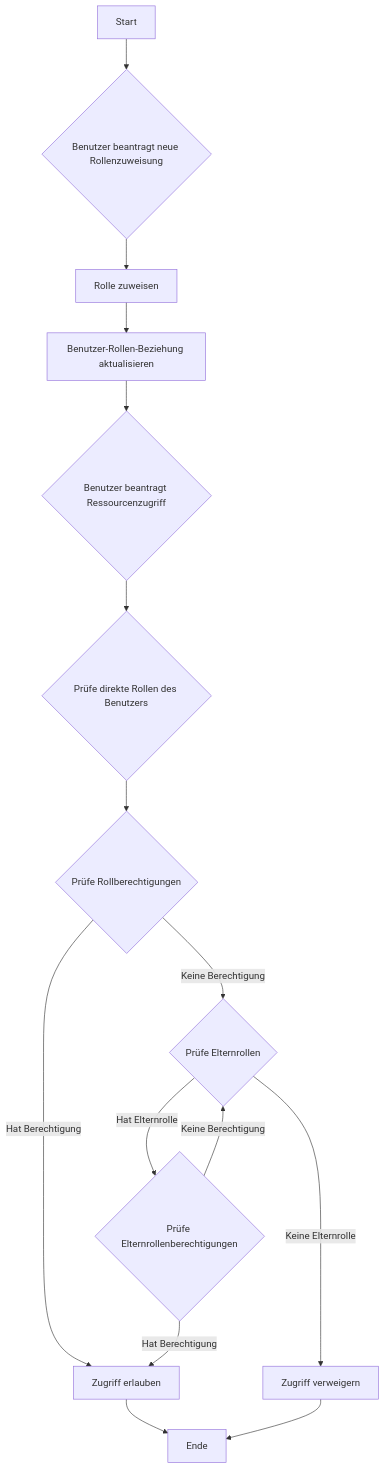
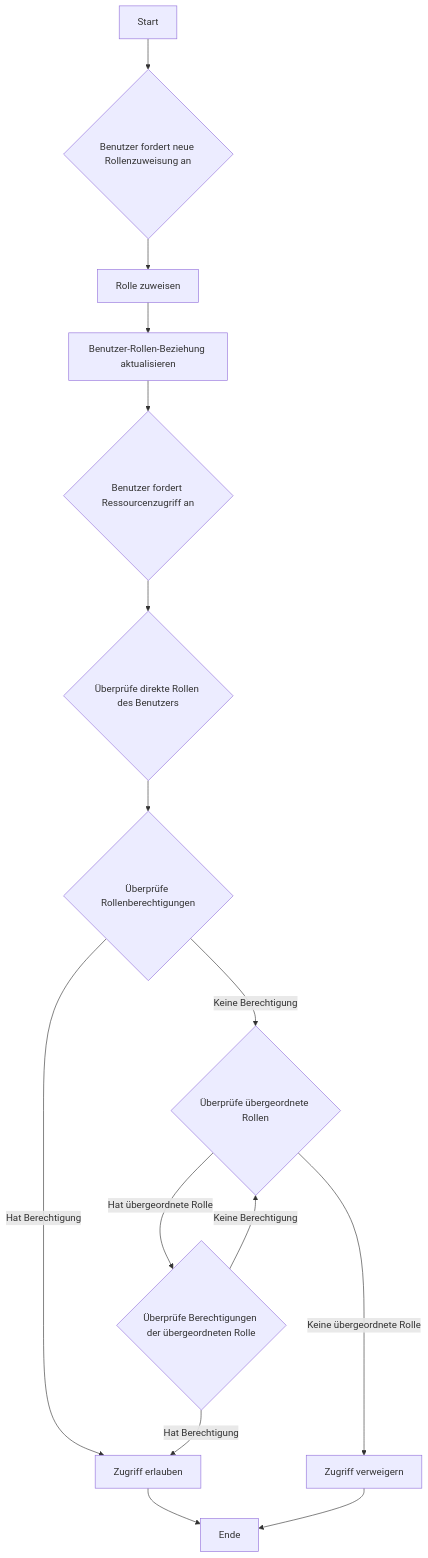
Before and after one commit to logto-io/auth-wiki: the third of 4 diagrams in src/content/terms/de/rbac.mdx, drawn with Mermaid. The commit also changed other lines of this file and 98 other files, not shown here.

````diff
--- a/src/content/terms/de/rbac.mdx
+++ b/src/content/terms/de/rbac.mdx
@@ -113,17 +218,17 @@
 ```mermaid
 graph TD
-    A[Start] --> B{Benutzer beantragt neue Rollenzuweisung}
+    A[Start] --> B{Benutzer fordert neue Rollenzuweisung an}
     B --> C[Rolle zuweisen]
     C --> D[Benutzer-Rollen-Beziehung aktualisieren]
-    D --> E{Benutzer beantragt Ressourcenzugriff}
-    E --> F{Prüfe direkte Rollen des Benutzers}
-    F --> G{Prüfe Rollberechtigungen}
-    G -->|Keine Berechtigung| H{Prüfe Elternrollen}
+    D --> E{Benutzer fordert Ressourcenzugriff an}
+    E --> F{Überprüfe direkte Rollen des Benutzers}
+    F --> G{Überprüfe Rollenberechtigungen}
+    G -->|Keine Berechtigung| H{Überprüfe übergeordnete Rollen}
     G -->|Hat Berechtigung| K[Zugriff erlauben]
-    H -->|Hat Elternrolle| I{Prüfe Elternrollenberechtigungen}
-    H -->|Keine Elternrolle| J[Zugriff verweigern]
+    H -->|Hat übergeordnete Rolle| I{Überprüfe Berechtigungen der übergeordneten Rolle}
+    H -->|Keine übergeordnete Rolle| J[Zugriff verweigern]
     I -->|Hat Berechtigung| K
     I -->|Keine Berechtigung| H
     K --> L[Ende]
     J --> L
 ```
````
